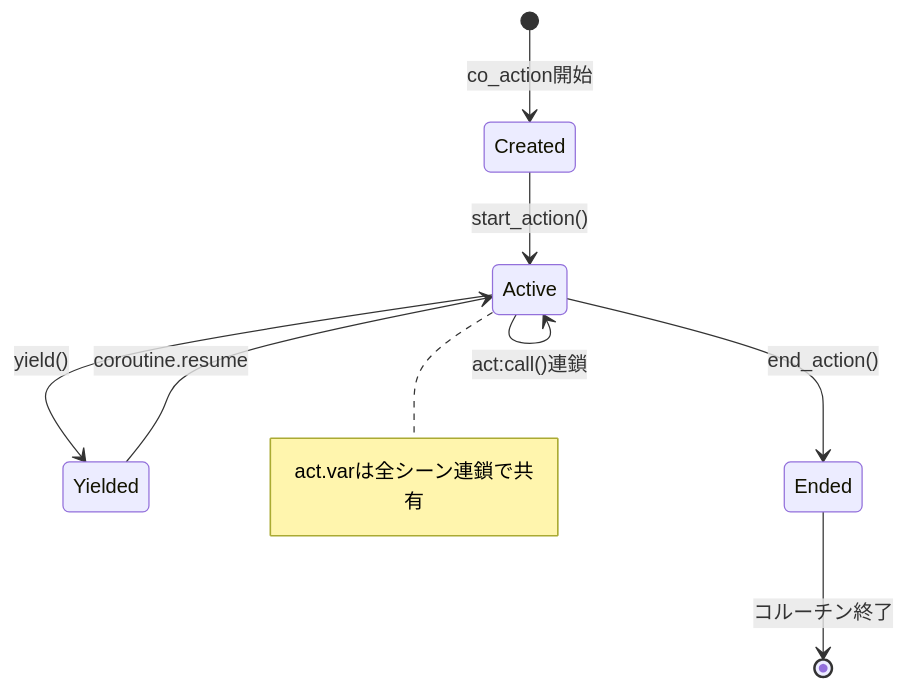
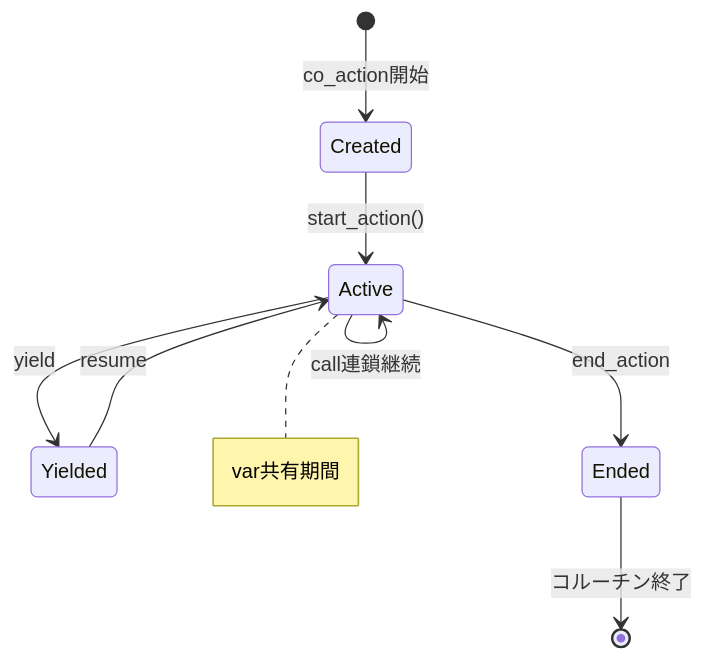
Before and after one commit to ekicyou/pasta: the third of 5 diagrams in .kiro/specs/pasta_lua_design_refactor/design.md, drawn with Mermaid. The commit also changed other lines of this file, not shown here.

Commit message:
fix(design): Mermaid\u30c0\u30a4\u30a2\u30b0\u30e9\u30e0\u306e\u30b7\u30f3\u30bf\u30c3\u30af\u30b9\u30a8\u30e9\u30fc\u3092\u4fee\u6b63

````diff
--- a/.kiro/specs/pasta_lua_design_refactor/design.md
+++ b/.kiro/specs/pasta_lua_design_refactor/design.md
@@ -124,12 +124,12 @@
 ```mermaid
 stateDiagram-v2
     [*] --> Created: co_action開始
     Created --> Active: start_action()
-    Active --> Active: act:call()連鎖
-    Active --> Yielded: yield()
-    Yielded --> Active: coroutine.resume
-    Active --> Ended: end_action()
+    Active --> Active: call連鎖継続
+    Active --> Yielded: yield
+    Yielded --> Active: resume
+    Active --> Ended: end_action
     Ended --> [*]: コルーチン終了
     
-    note right of Active: act.varは全シーン連鎖で共有
+    note right of Active: var共有期間
 ```
````
